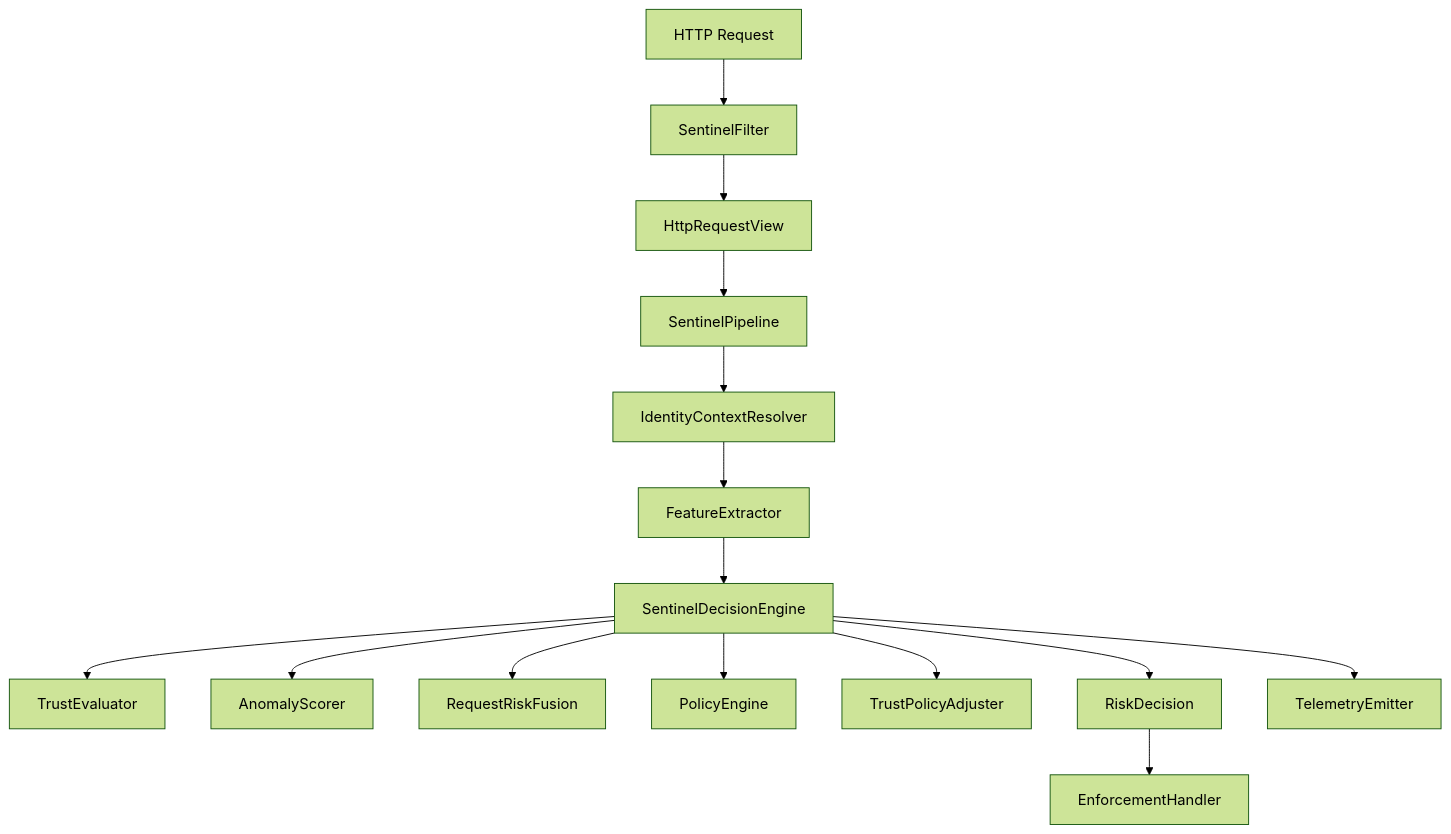
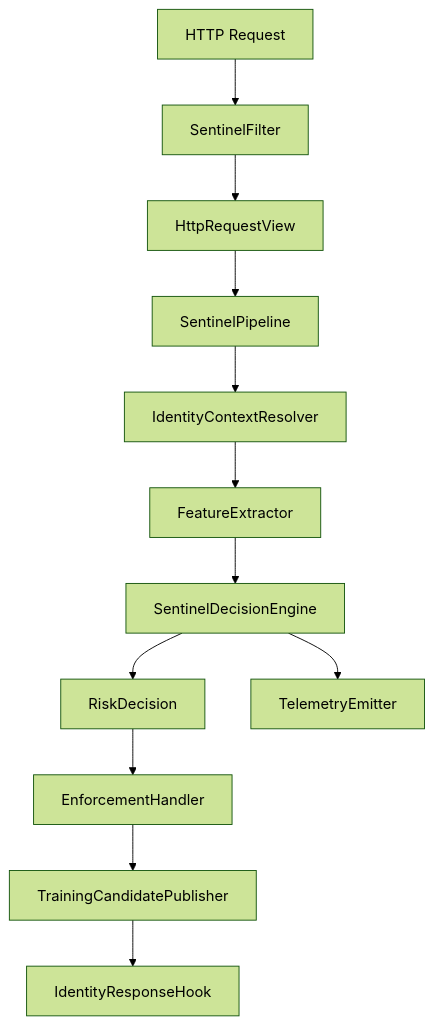
One commit to CollinKabwama/ai-sentinel changed the diagram in ARCHITECTURE.md. Above: the diagram before and after it, drawn with Mermaid (forest theme). The commit also changed other lines of this file and 17 other files, not shown here.

````diff
--- a/ARCHITECTURE.md
+++ b/ARCHITECTURE.md
@@ -60,33 +60,27 @@
 ```mermaid
 flowchart TB
     Req[HTTP Request]
     Filter[SentinelFilter]
     View[HttpRequestView]
     Pipeline[SentinelPipeline]
     Id[IdentityContextResolver]
     Extractor[FeatureExtractor]
     Engine[SentinelDecisionEngine]
-    Trust[TrustEvaluator]
-    Scorer[AnomalyScorer]
-    Fusion[RequestRiskFusion]
-    Pol[PolicyEngine]
-    TrustPol[TrustPolicyAdjuster]
     Decision[RiskDecision]
     Enf[EnforcementHandler]
+    Train[TrainingCandidatePublisher]
+    Hook[IdentityResponseHook]
     Tel[TelemetryEmitter]
 
     Req --> Filter
     Filter --> View
     View --> Pipeline
     Pipeline --> Id
     Id --> Extractor
     Extractor --> Engine
-    Engine --> Trust
-    Engine --> Scorer
-    Engine --> Fusion
-    Engine --> Pol
-    Engine --> TrustPol
     Engine --> Decision
+    Engine --> Tel
     Decision --> Enf
-    Engine --> Tel
+    Enf --> Train
+    Train --> Hook
 ```
````
